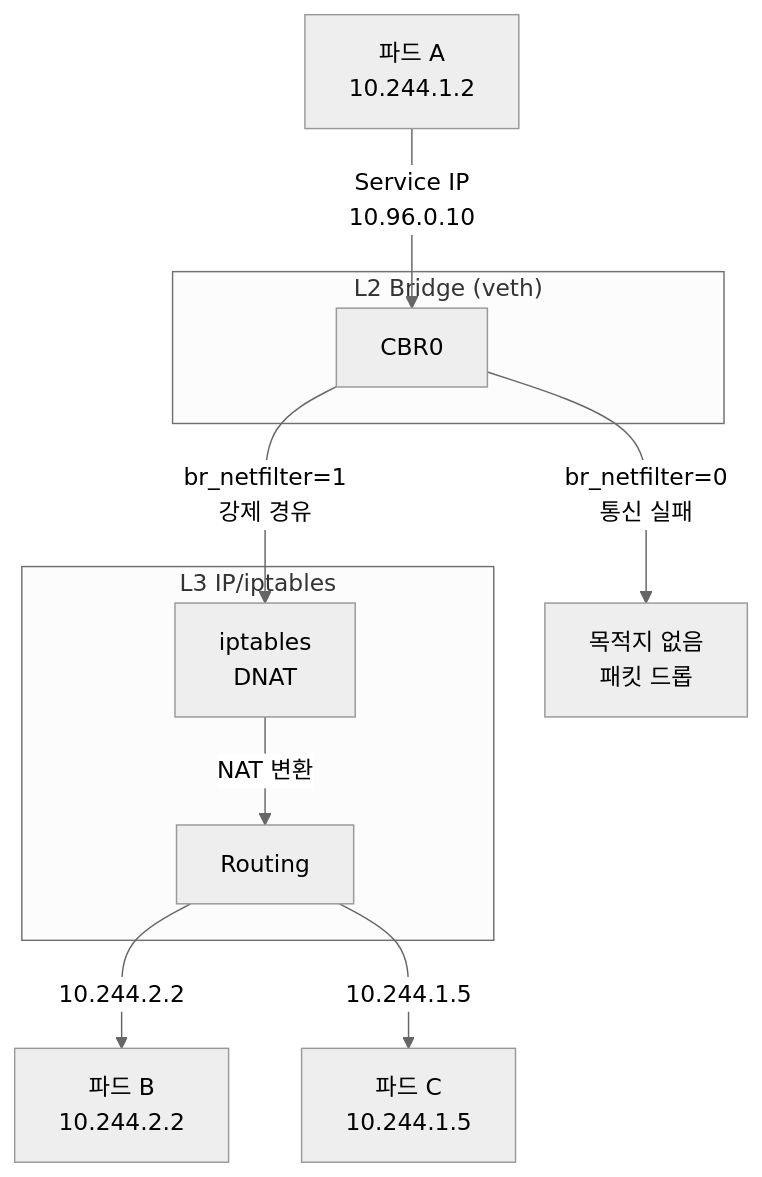
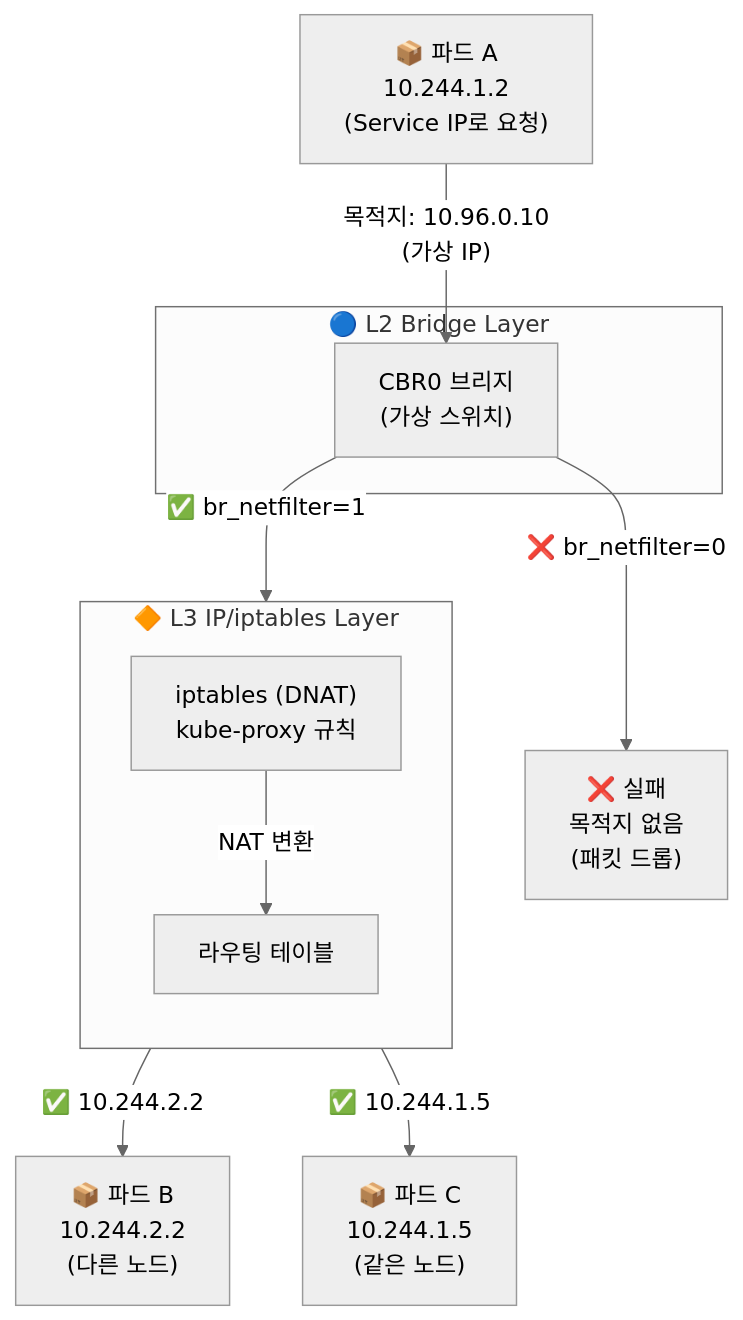
The second of 3 diagrams in docs/container/linux-kernel-container.md (juwon8891/juwon8891.github.io), drawn with Mermaid (neutral theme) before and after one commit. The commit also changed other lines of this file, not shown here.

First line of the commit message:
docs: Improve Mermaid diagram readability in Container documentation

````diff
--- a/docs/container/linux-kernel-container.md
+++ b/docs/container/linux-kernel-container.md
@@ -340,25 +349,29 @@
 ```mermaid
 graph TB
-    PodA[파드 A<br/>10.244.1.2]
+    Start["📦 파드 A<br/>10.244.1.2<br/>(Service IP로 요청)"]
     
-    subgraph L2["L2 Bridge (veth)"]
-        Bridge[CBR0]
+    Start -->|"목적지: 10.96.0.10<br/>(가상 IP)"| Bridge
+    
+    subgraph L2["🔵 L2 Bridge Layer"]
+        Bridge["CBR0 브리지<br/>(가상 스위치)"]
     end
     
-    subgraph L3["L3 IP/iptables"]
-        IPtables[iptables<br/>DNAT]
-        Routing[Routing]
+    Bridge -->|"❌ br_netfilter=0"| Fail
+    Bridge -->|"✅ br_netfilter=1"| L3Flow
+    
+    Fail["❌ 실패<br/>목적지 없음<br/>(패킷 드롭)"]
+    
+    subgraph L3Flow["🔶 L3 IP/iptables Layer"]
+        direction TB
+        IPtables["iptables (DNAT)<br/>kube-proxy 규칙"]
+        Routing["라우팅 테이블"]
+        
+        IPtables -->|"NAT 변환"| Routing
     end
     
-    PodB[파드 B<br/>10.244.2.2]
-    PodC[파드 C<br/>10.244.1.5]
+    Routing -->|"✅ 10.244.2.2"| PodB
+    Routing -->|"✅ 10.244.1.5"| PodC
     
-    PodA -->|Service IP<br/>10.96.0.10| Bridge
-    
-    Bridge -->|br_netfilter=0<br/>통신 실패| Fail[목적지 없음<br/>패킷 드롭]
-    
-    Bridge -->|br_netfilter=1<br/>강제 경유| IPtables
-    IPtables -->|NAT 변환| Routing
-    Routing -->|10.244.2.2| PodB
-    Routing -->|10.244.1.5| PodC
+    PodB["📦 파드 B<br/>10.244.2.2<br/>(다른 노드)"]
+    PodC["📦 파드 C<br/>10.244.1.5<br/>(같은 노드)"]
 ```
````
